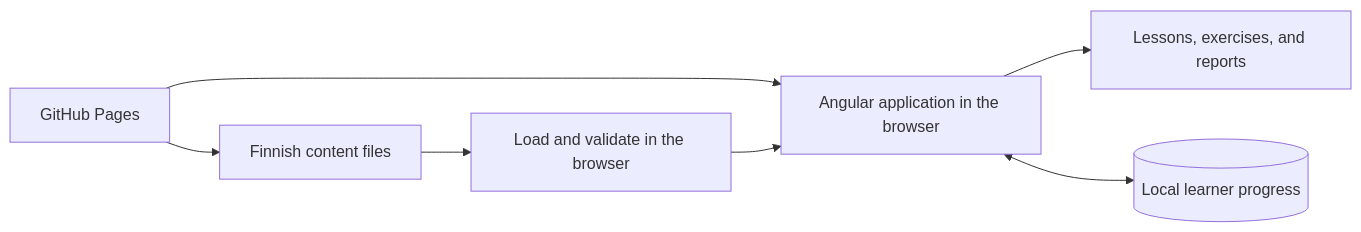
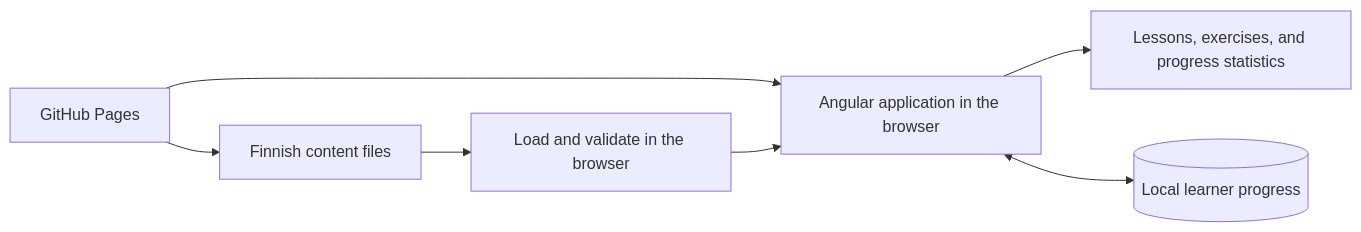
The first of 5 diagrams in README.md (KhosroPakmanesh/sisu-steps), drawn with Mermaid before and after one commit. The commit also changed other lines of this file and 174 other files, not shown here.

````diff
--- a/README.md
+++ b/README.md
@@ -37,9 +37,9 @@
 ```mermaid
 flowchart LR
   Pages["GitHub Pages"] --> App["Angular application in the browser"]
   Pages --> Content["Finnish content files"]
   Content --> Check["Load and validate in the browser"]
   Check --> App
-  App --> Screen["Lessons, exercises, and reports"]
+  App --> Screen["Lessons, exercises, and progress statistics"]
   App <--> Progress[("Local learner progress")]
 ```
````
